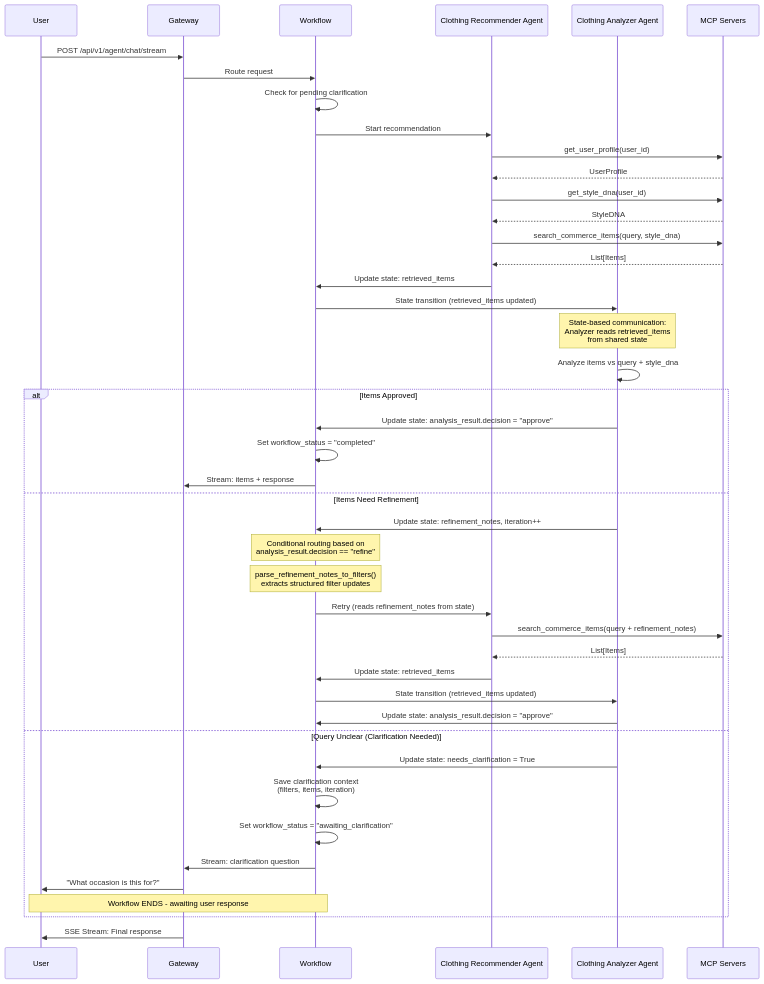
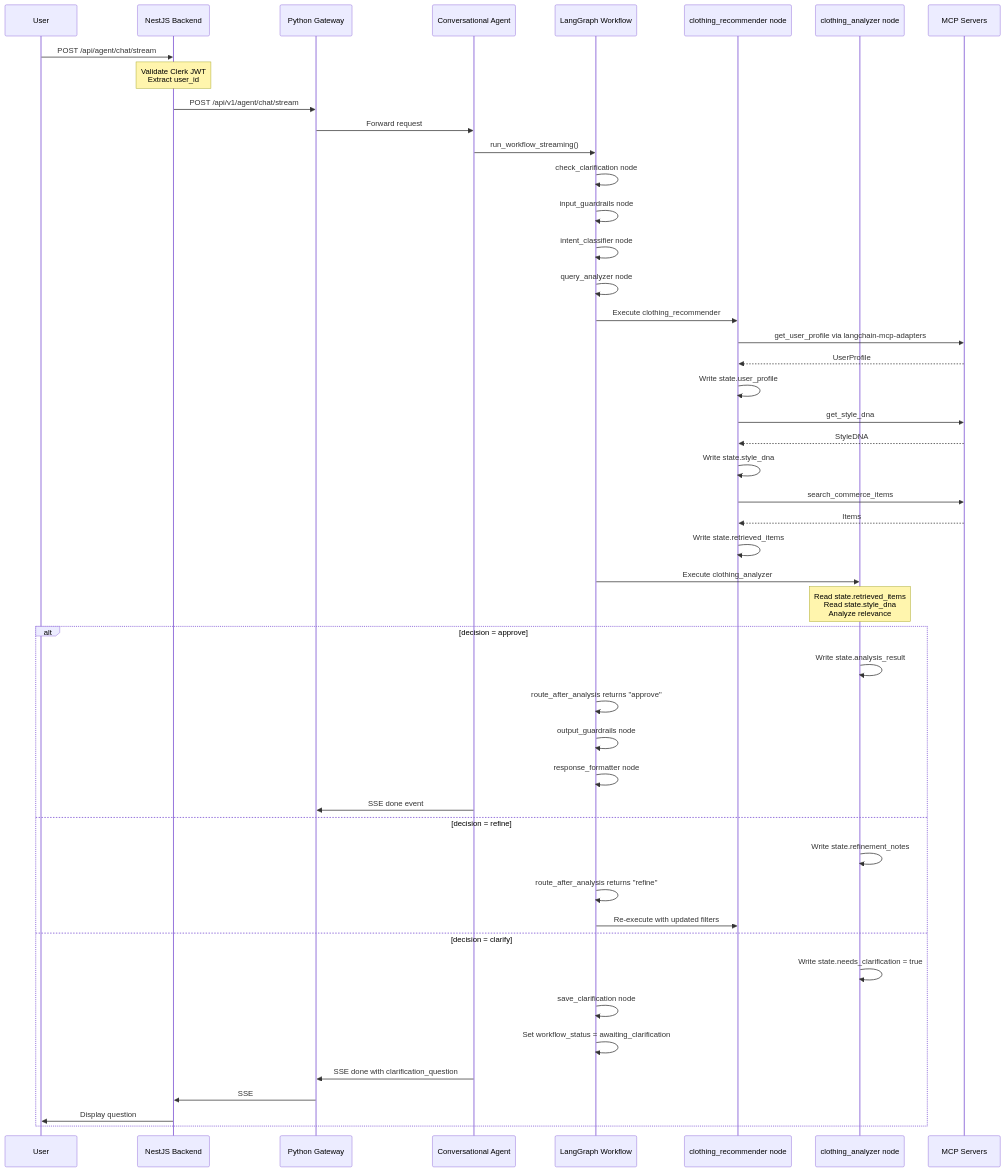
Before and after one commit to brscn2/aesthetiq: the fourth of 9 diagrams in python_engine/docs/MULTI_AGENT_FLOW_DIAGRAM.md, drawn with Mermaid. The commit also changed other lines of this file and 2 other files, not shown here.

````diff
--- a/python_engine/docs/MULTI_AGENT_FLOW_DIAGRAM.md
+++ b/python_engine/docs/MULTI_AGENT_FLOW_DIAGRAM.md
@@ -186,55 +182,58 @@
 ```mermaid
 sequenceDiagram
     participant User
-    participant Gateway
-    participant Workflow
-    participant Recommender as Clothing Recommender Agent
-    participant Analyzer as Clothing Analyzer Agent
+    participant Backend as NestJS Backend
+    participant Gateway as Python Gateway
+    participant Agent as Conversational Agent
+    participant LG as LangGraph Workflow
+    participant Recommender as clothing_recommender node
+    participant Analyzer as clothing_analyzer node
     participant MCP as MCP Servers
     
-    User->>Gateway: POST /api/v1/agent/chat/stream
-    Gateway->>Workflow: Route request
-    Workflow->>Workflow: Check for pending clarification
-    Workflow->>Recommender: Start recommendation
+    User->>Backend: POST /api/agent/chat/stream
+    Note over Backend: Validate Clerk JWT<br/>Extract user_id
+    Backend->>Gateway: POST /api/v1/agent/chat/stream
+    Gateway->>Agent: Forward request
+    Agent->>LG: run_workflow_streaming()
     
-    Recommender->>MCP: get_user_profile(user_id)
+    LG->>LG: check_clarification node
+    LG->>LG: input_guardrails node
+    LG->>LG: intent_classifier node
+    LG->>LG: query_analyzer node
+    
+    LG->>Recommender: Execute clothing_recommender
+    
+    Recommender->>MCP: get_user_profile via langchain-mcp-adapters
     MCP-->>Recommender: UserProfile
+    Recommender->>Recommender: Write state.user_profile
     
-    Recommender->>MCP: get_style_dna(user_id)
+    Recommender->>MCP: get_style_dna
     MCP-->>Recommender: StyleDNA
+    Recommender->>Recommender: Write state.style_dna
     
-    Recommender->>MCP: search_commerce_items(query, style_dna)
-    MCP-->>Recommender: List[Items]
+    Recommender->>MCP: search_commerce_items
+    MCP-->>Recommender: Items
+    Recommender->>Recommender: Write state.retrieved_items
     
-    Recommender->>Workflow: Update state: retrieved_items
+    LG->>Analyzer: Execute clothing_analyzer
+    Note over Analyzer: Read state.retrieved_items<br/>Read state.style_dna<br/>Analyze relevance
     
-    Workflow->>Analyzer: State transition (retrieved_items updated)
-    Note over Analyzer: State-based communication:<br/>Analyzer reads retrieved_items<br/>from shared state
-    
-    Analyzer->>Analyzer: Analyze items vs query + style_dna
-    
-    alt Items Approved
-        Analyzer->>Workflow: Update state: analysis_result.decision = "approve"
-        Workflow->>Workflow: Set workflow_status = "completed"
-        Workflow->>Gateway: Stream: items + response
-    else Items Need Refinement
-        Analyzer->>Workflow: Update state: refinement_notes, iteration++
-        Note over Workflow: Conditional routing based on<br/>analysis_result.decision == "refine"
-        Note over Workflow: parse_refinement_notes_to_filters()<br/>extracts structured filter updates
-        Workflow->>Recommender: Retry (reads refinement_notes from state)
-        Recommender->>MCP: search_commerce_items(query + refinement_notes)
-        MCP-->>Recommender: List[Items]
-        Recommender->>Workflow: Update state: retrieved_items
-        Workflow->>Analyzer: State transition (retrieved_items updated)
-        Analyzer->>Workflow: Update state: analysis_result.decision = "approve"
-    else Query Unclear (Clarification Needed)
-        Analyzer->>Workflow: Update state: needs_clarification = True
-        Workflow->>Workflow: Save clarification context<br/>(filters, items, iteration)
-        Workflow->>Workflow: Set workflow_status = "awaiting_clarification"
-        Workflow->>Gateway: Stream: clarification question
-        Gateway->>User: "What occasion is this for?"
-        Note over User,Workflow: Workflow ENDS - awaiting user response
+    alt decision = approve
+        Analyzer->>Analyzer: Write state.analysis_result
+        LG->>LG: route_after_analysis returns "approve"
+        LG->>LG: output_guardrails node
+        LG->>LG: response_formatter node
+        Agent->>Gateway: SSE done event
+    else decision = refine
+        Analyzer->>Analyzer: Write state.refinement_notes
+        LG->>LG: route_after_analysis returns "refine"
+        LG->>Recommender: Re-execute with updated filters
+    else decision = clarify
+        Analyzer->>Analyzer: Write state.needs_clarification = true
+        LG->>LG: save_clarification node
+        LG->>LG: Set workflow_status = awaiting_clarification
+        Agent->>Gateway: SSE done with clarification_question
+        Gateway->>Backend: SSE
+        Backend->>User: Display question
     end
-    
-    Gateway->>User: SSE Stream: Final response
 ```
````
